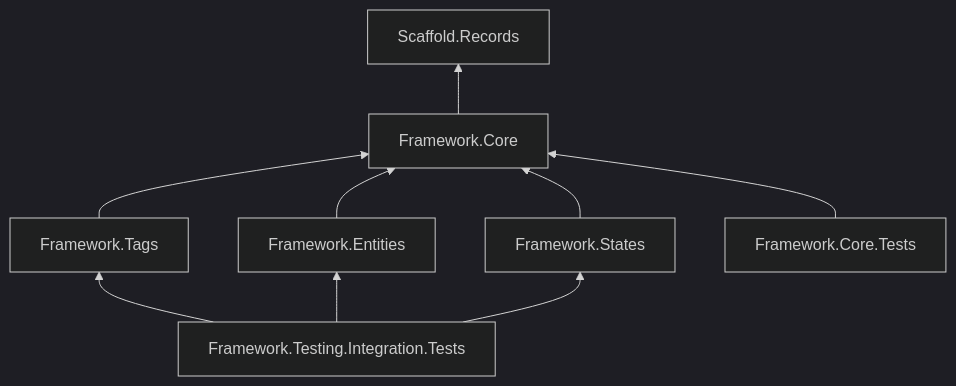
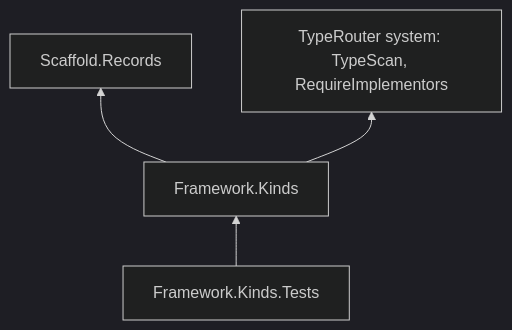
The diagram in Product/spikes/infra-kind-ids.md (MgCohen/Card-Framework), drawn with Mermaid (dark theme) before and after one commit. The commit also changed other lines of this file, not shown here.

First line of the commit message:
Kind ids: plan an extraction into Assets/Framework/Kinds (template v12)

````diff
--- a/Product/spikes/infra-kind-ids.md
+++ b/Product/spikes/infra-kind-ids.md
@@ -355,11 +342,6 @@
 ```mermaid
 flowchart BT
-  Core["Framework.Core"] --> Rec["Scaffold.Records"]
-  Tags["Framework.Tags"] --> Core
-  Ent["Framework.Entities"] --> Core
-  St["Framework.States"] --> Core
-  CoreT["Framework.Core.Tests"] --> Core
-  Int["Framework.Testing.Integration.Tests"] --> Tags
-  Int --> Ent
-  Int --> St
+  K["Framework.Kinds"] --> Rec["Scaffold.Records"]
+  K --> R["TypeRouter system: TypeScan, RequireImplementors"]
+  KT["Framework.Kinds.Tests"] --> K
 ```
````
